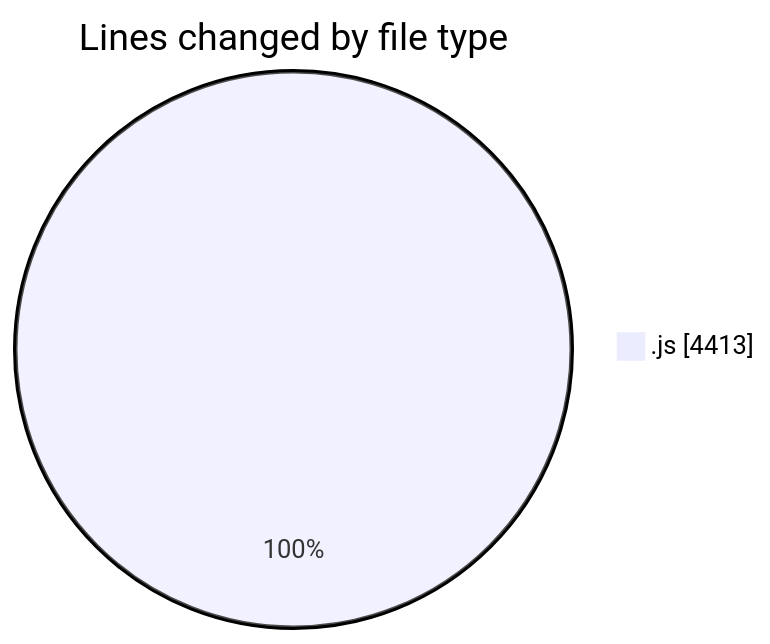
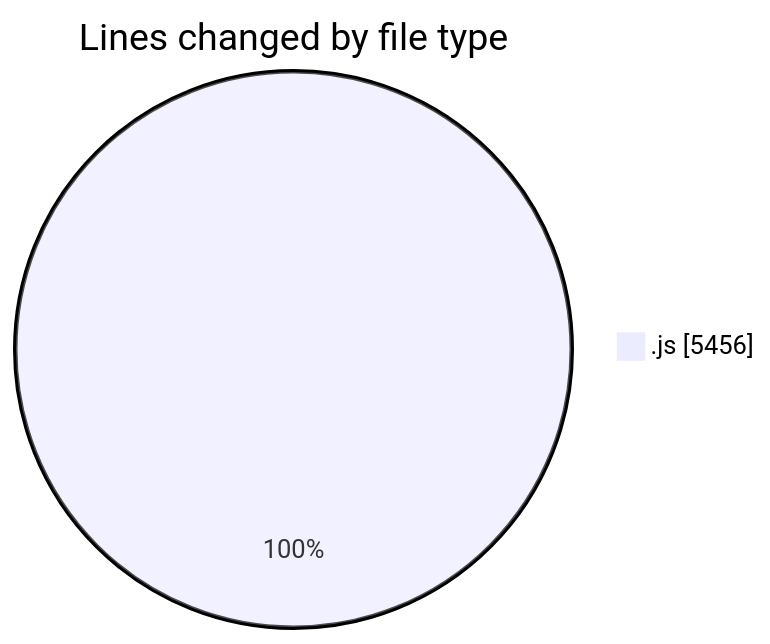
One commit to nxtqubesakshisongat/code-tracking changed the first of 2 diagrams in 2025-09-04/nxtqube_webapp/README.md. Above: the diagram before and after it, drawn with Mermaid. The commit also changed other lines of this file and 1 other file, not shown here.

````diff
--- a/2025-09-04/nxtqube_webapp/README.md
+++ b/2025-09-04/nxtqube_webapp/README.md
@@ -20,5 +20,5 @@
 ```mermaid
 pie showData
 title Lines changed by file type
-".js" : 4413
+".js" : 5456
 ```
````
